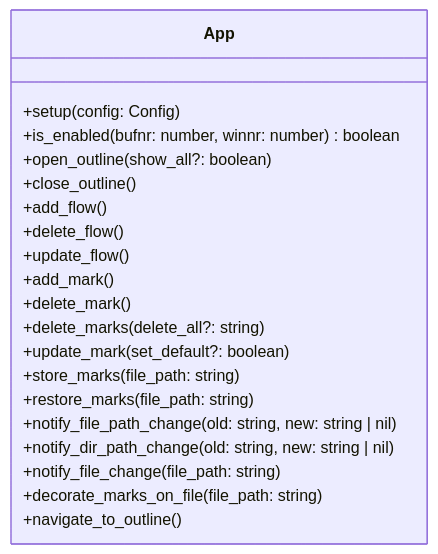
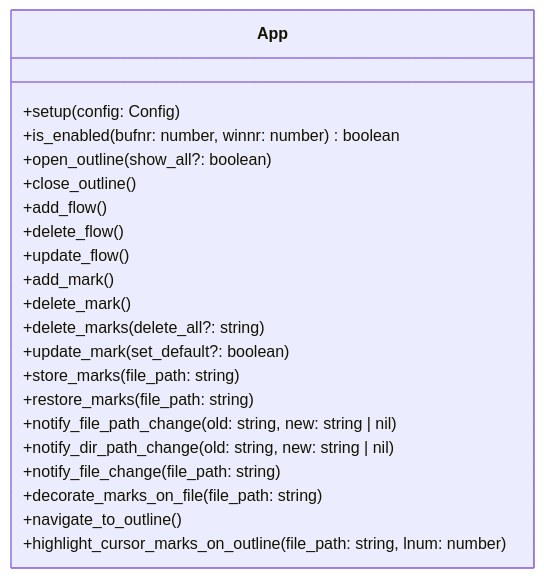
One commit to niuiic/track.nvim changed the first of 2 diagrams in README.md. Above: the diagram before and after it, drawn with Mermaid. The commit also changed other lines of this file and 1 other file, not shown here.

````diff
--- a/README.md
+++ b/README.md
@@ -36,28 +37,29 @@
 ```mermaid
 classDiagram
     class App {
         %% config
         +setup(config: Config)
         %% enable
         +is_enabled(bufnr: number, winnr: number) boolean
         %% outline
         +open_outline(show_all?: boolean)
         +close_outline()
         %% flow
         +add_flow()
         +delete_flow()
         +update_flow()
         %% mark
         +add_mark()
         +delete_mark()
         +delete_marks(delete_all?: string)
         +update_mark(set_default?: boolean)
         +store_marks(file_path: string)
         +restore_marks(file_path: string)
         +notify_file_path_change(old: string, new: string | nil)
         +notify_dir_path_change(old: string, new: string | nil)
         +notify_file_change(file_path: string)
         +decorate_marks_on_file(file_path: string)
         +navigate_to_outline()
+        +highlight_cursor_marks_on_outline(file_path: string, lnum: number)
     }
 ```
````
